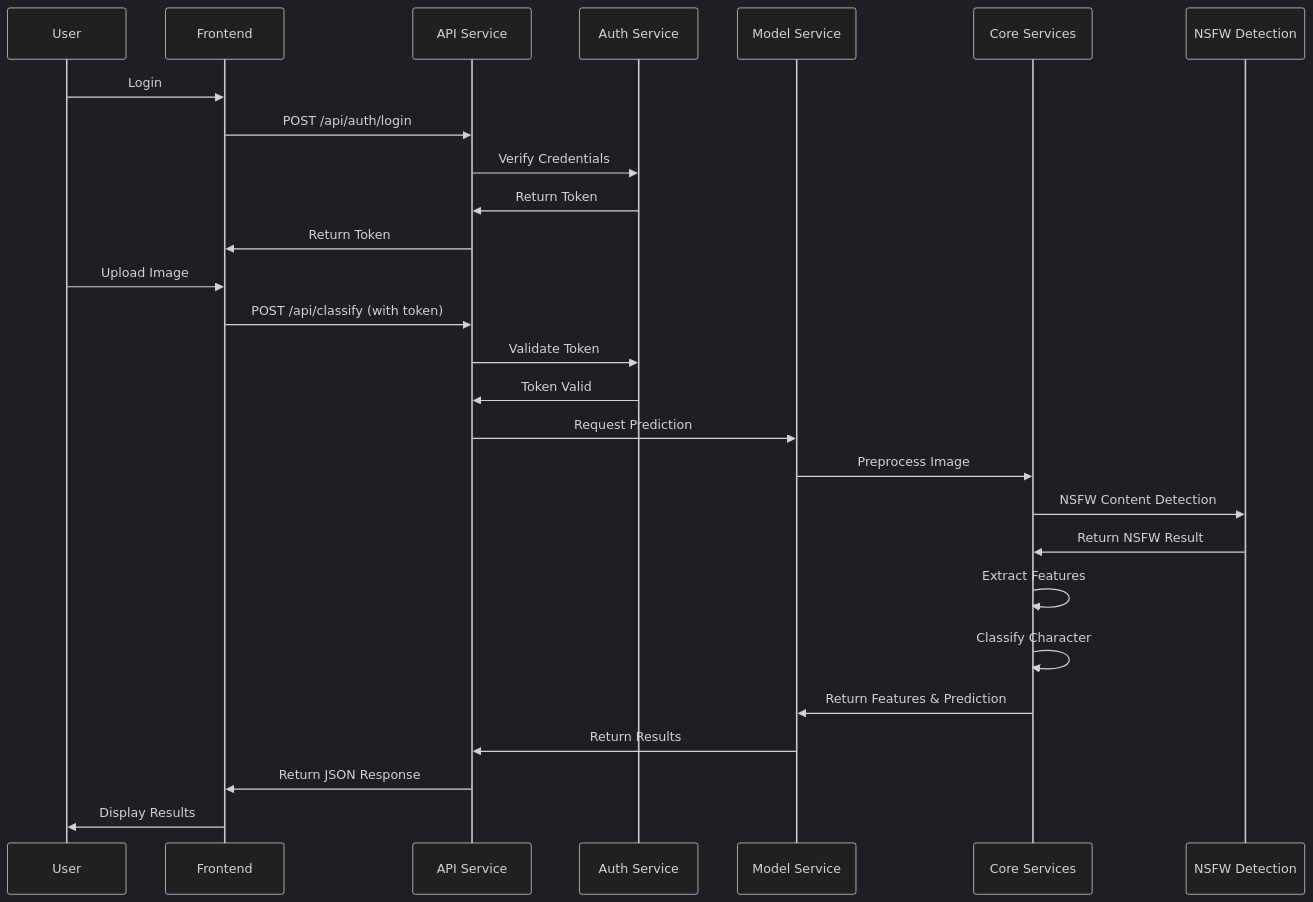
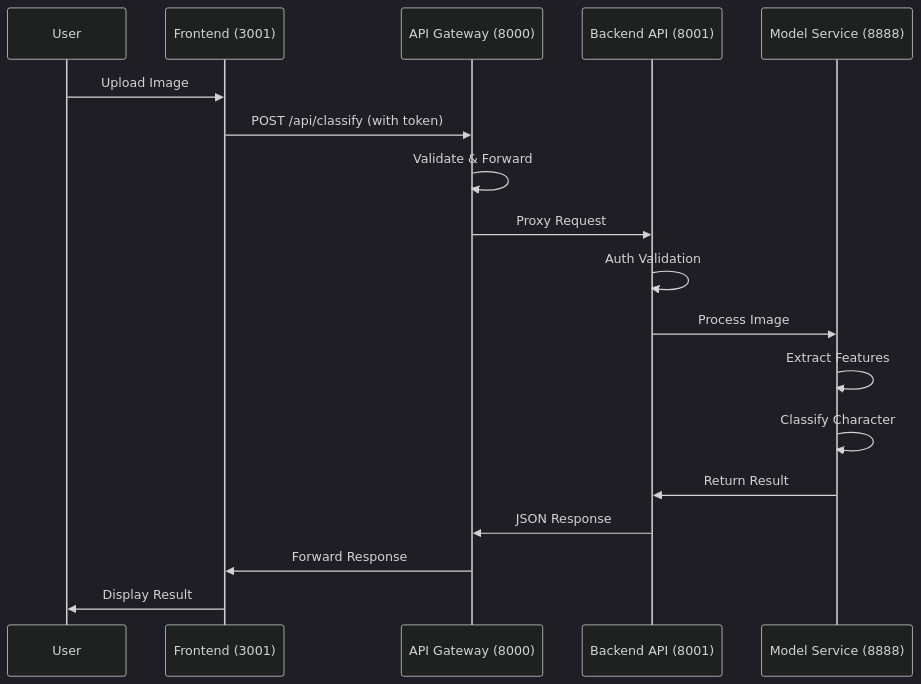
One commit to caozhaoqi/anime_role_detect changed the second of 2 diagrams in README.md. Above: the diagram before and after it, drawn with Mermaid (dark theme). The commit also changed other lines of this file and 3 other files, not shown here.

````diff
--- a/README.md
+++ b/README.md
@@ -184,31 +184,21 @@
 ```mermaid
 sequenceDiagram
     participant User as User
-    participant Frontend as Frontend
-    participant API as API Service
-    participant Auth as Auth Service
-    participant ModelService as Model Service
-    participant Core as Core Services
-    participant NSFW as NSFW Detection
-    
-    User->>Frontend: Login
-    Frontend->>API: POST /api/auth/login
-    API->>Auth: Verify Credentials
-    Auth->>API: Return Token
-    API->>Frontend: Return Token
-    
+    participant Frontend as Frontend (3001)
+    participant Gateway as API Gateway (8000)
+    participant Backend as Backend API (8001)
+    participant Model as Model Service (8888)
+
     User->>Frontend: Upload Image
-    Frontend->>API: POST /api/classify (with token)
-    API->>Auth: Validate Token
-    Auth->>API: Token Valid
-    API->>ModelService: Request Prediction
-    ModelService->>Core: Preprocess Image
-    Core->>NSFW: NSFW Content Detection
-    NSFW->>Core: Return NSFW Result
-    Core->>Core: Extract Features
-    Core->>Core: Classify Character
-    Core->>ModelService: Return Features & Prediction
-    ModelService->>API: Return Results
-    API->>Frontend: Return JSON Response
-    Frontend->>User: Display Results
+    Frontend->>Gateway: POST /api/classify (with token)
+    Gateway->>Gateway: Validate & Forward
+    Gateway->>Backend: Proxy Request
+    Backend->>Backend: Auth Validation
+    Backend->>Model: Process Image
+    Model->>Model: Extract Features
+    Model->>Model: Classify Character
+    Model->>Backend: Return Result
+    Backend->>Gateway: JSON Response
+    Gateway->>Frontend: Forward Response
+    Frontend->>User: Display Result
 ```
````
